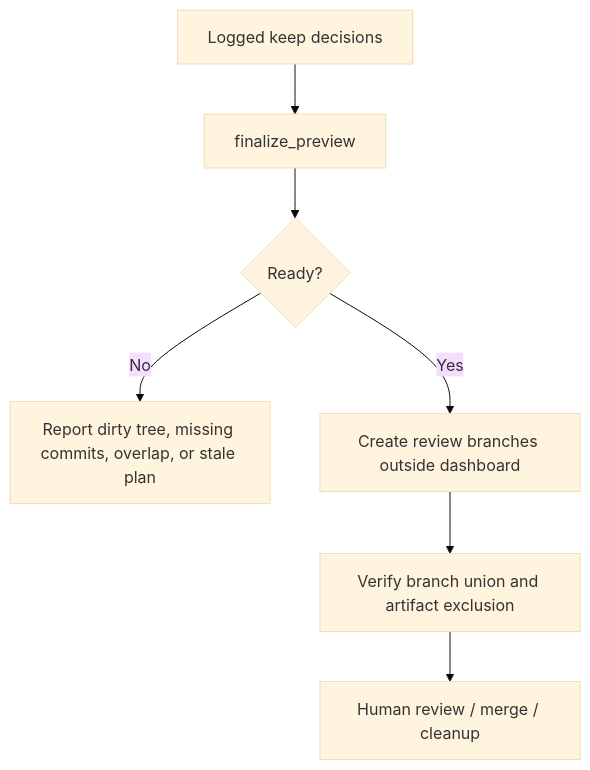
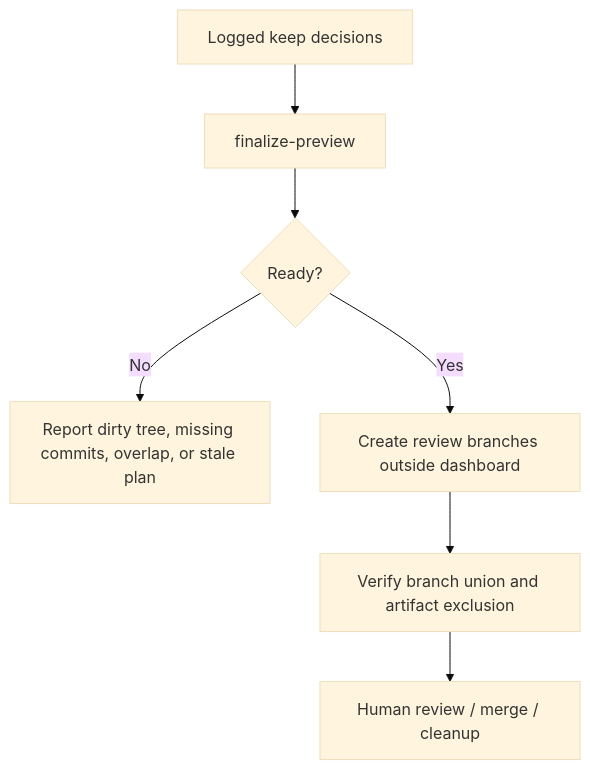
The fifth of 5 diagrams in plugins/codex-autoresearch/docs/architecture.md (TheGreenCedar/codex-autoresearch), drawn with Mermaid (base theme) before and after one commit. The commit also changed other lines of this file and 49 other files, not shown here.

````diff
--- a/plugins/codex-autoresearch/docs/architecture.md
+++ b/plugins/codex-autoresearch/docs/architecture.md
@@ -66,9 +66,9 @@
 ```mermaid
 flowchart TD
-  A["Logged keep decisions"] --> B["finalize_preview"]
+  A["Logged keep decisions"] --> B["finalize-preview"]
   B --> C{"Ready?"}
   C -- "No" --> D["Report dirty tree, missing commits, overlap, or stale plan"]
   C -- "Yes" --> E["Create review branches outside dashboard"]
   E --> F["Verify branch union and artifact exclusion"]
   F --> G["Human review / merge / cleanup"]
 ```
````
